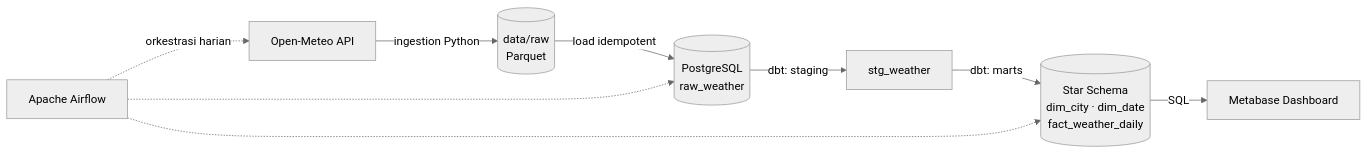
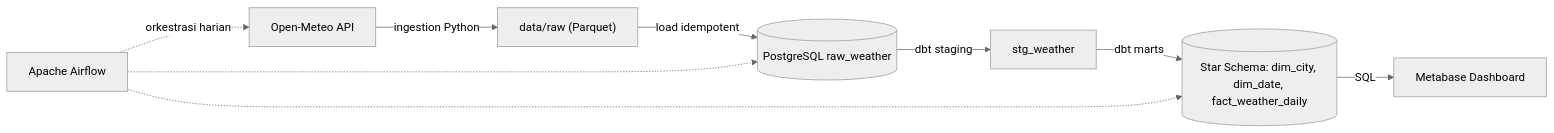
One commit to firmnsyah/weather-pipeline changed the diagram in README.md. Above: the diagram before and after it, drawn with Mermaid (neutral theme). The commit also changed other lines of this file and 3 other files, not shown here.

````diff
--- a/README.md
+++ b/README.md
@@ -11,11 +11,11 @@
 ```mermaid
 flowchart LR
-    A[Open-Meteo API] -->|ingestion Python| B[(data/raw<br/>Parquet)]
-    B -->|load idempotent| C[(PostgreSQL<br/>raw_weather)]
-    C -->|dbt: staging| D[stg_weather]
-    D -->|dbt: marts| E[(Star Schema<br/>dim_city · dim_date<br/>fact_weather_daily)]
-    E -->|SQL| F[Metabase Dashboard]
-    G[Apache Airflow] -.orkestrasi harian.-> A
+    A["Open-Meteo API"] -->|ingestion Python| B["data/raw (Parquet)"]
+    B -->|load idempotent| C[("PostgreSQL raw_weather")]
+    C -->|dbt staging| D["stg_weather"]
+    D -->|dbt marts| E[("Star Schema: dim_city, dim_date, fact_weather_daily")]
+    E -->|SQL| F["Metabase Dashboard"]
+    G["Apache Airflow"] -. orkestrasi harian .-> A
     G -.-> C
     G -.-> E
 ```
````
